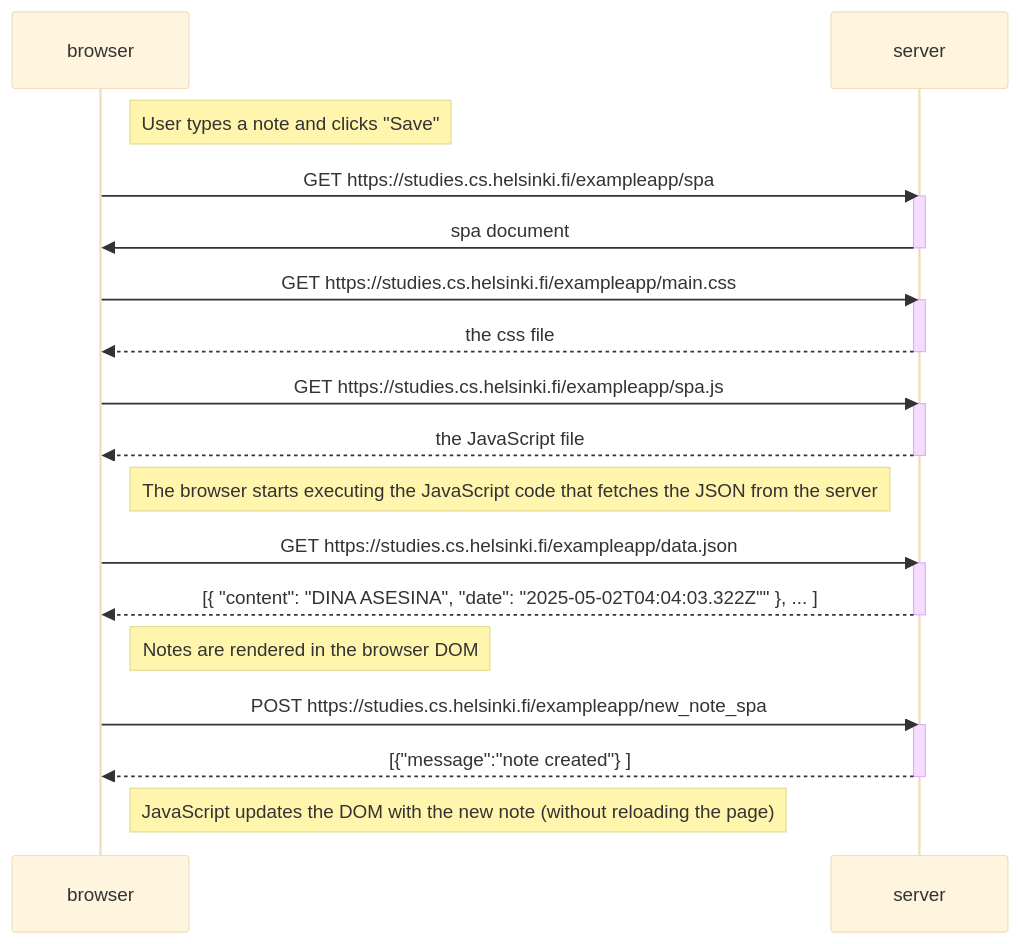
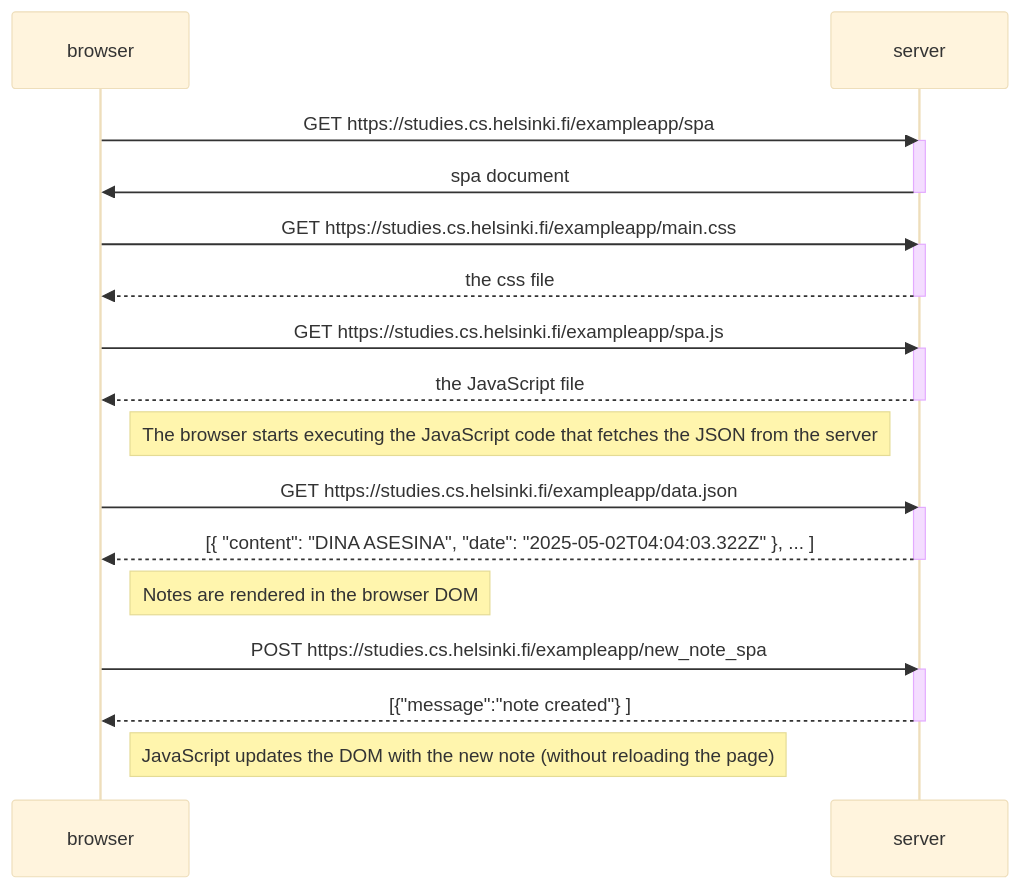
The diagram in part0/new_note_spa.md (Kavita113/fullstackopen), drawn with Mermaid (base theme) before and after one commit.

````diff
--- a/part0/new_note_spa.md
+++ b/part0/new_note_spa.md
@@ -1,40 +1,37 @@
-:::mermaid
+```mermaid
 sequenceDiagram
-participant browser
-participant server
+    participant browser
+    participant server
 
-Note right of browser: User types a note and clicks "Save"
+    browser->>server: GET https://studies.cs.helsinki.fi/exampleapp/spa
+    activate server
+    server->>browser: spa document
+    deactivate server
 
-browser->>server: GET https://studies.cs.helsinki.fi/exampleapp/spa
-activate server
-server->>browser: spa document
-deactivate server
-
-  browser->>server: GET https://studies.cs.helsinki.fi/exampleapp/main.css
+    browser->>server: GET https://studies.cs.helsinki.fi/exampleapp/main.css
     activate server
     server-->>browser: the css file
     deactivate server
 
     browser->>server: GET https://studies.cs.helsinki.fi/exampleapp/spa.js
     activate server
     server-->>browser: the JavaScript file
     deactivate server
 
     Note right of browser: The browser starts executing the JavaScript code that fetches the JSON from the server
 
     browser->>server: GET https://studies.cs.helsinki.fi/exampleapp/data.json
     activate server
-    server-->>browser: [{ "content": "DINA ASESINA", "date": "2025-05-02T04:04:03.322Z"" }, ... ]
+    server-->>browser: [{ "content": "DINA ASESINA", "date": "2025-05-02T04:04:03.322Z" }, ... ]
     deactivate server
 
     Note right of browser: Notes are rendered in the browser DOM
 
      browser->>server: POST https://studies.cs.helsinki.fi/exampleapp/new_note_spa
     activate server
     server-->>browser: [{"message":"note created"} ]
     deactivate server
 
     Note right of browser: JavaScript updates the DOM with the new note (without reloading the page)
 
-
-:::
+```
````
